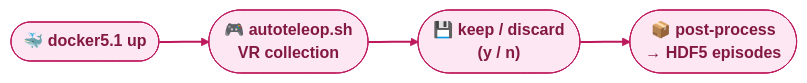
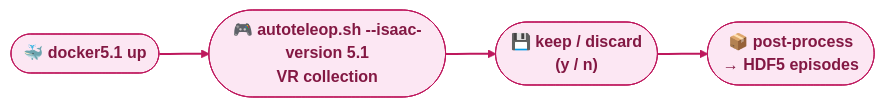
The seventh of 9 diagrams in README.md (AgibotTech/genie_sim), drawn with Mermaid (forest theme) before and after one commit. The commit also changed other lines of this file and 274 other files, not shown here.

````diff
--- a/README.md
+++ b/README.md
@@ -194,7 +194,7 @@
 ```mermaid
 flowchart LR
-  up(["🐳 docker5.1 up"]) ==> collect(["🎮 autoteleop.sh<br/>VR collection"]) ==> keep(["💾 keep / discard<br/>(y / n)"]) ==> post(["📦 post-process<br/>→ HDF5 episodes"])
+  up(["🐳 docker5.1 up"]) ==> collect(["🎮 autoteleop.sh --isaac-version 5.1<br/>VR collection"]) ==> keep(["💾 keep / discard<br/>(y / n)"]) ==> post(["📦 post-process<br/>→ HDF5 episodes"])
   classDef step fill:#fce7f3,stroke:#be185d,color:#831843,font-weight:bold
   class up,collect,keep,post step
   linkStyle 0,1,2 stroke:#be185d,stroke-width:2px
 ```
````
